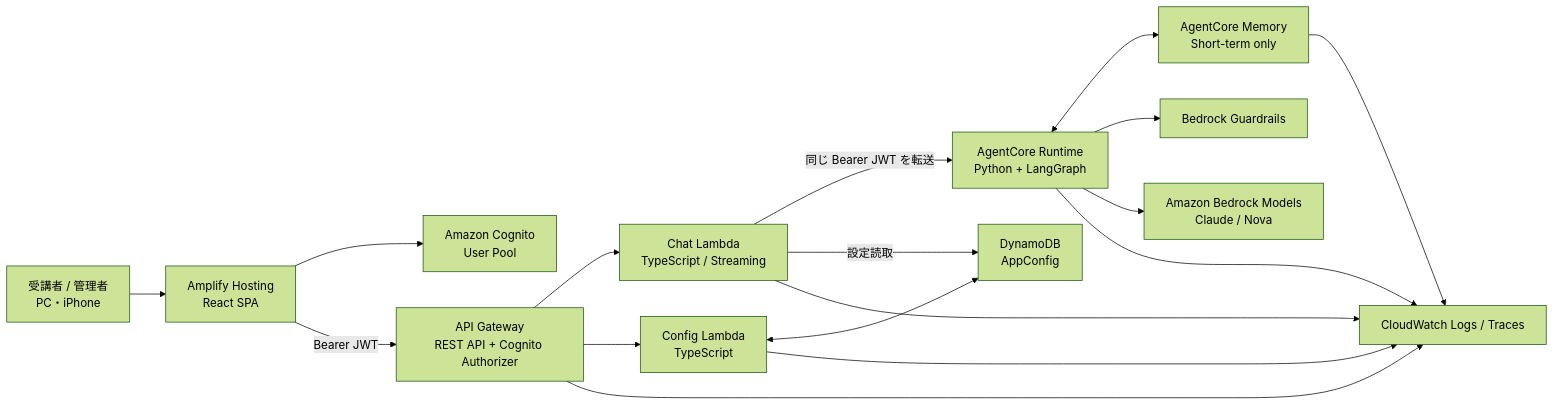
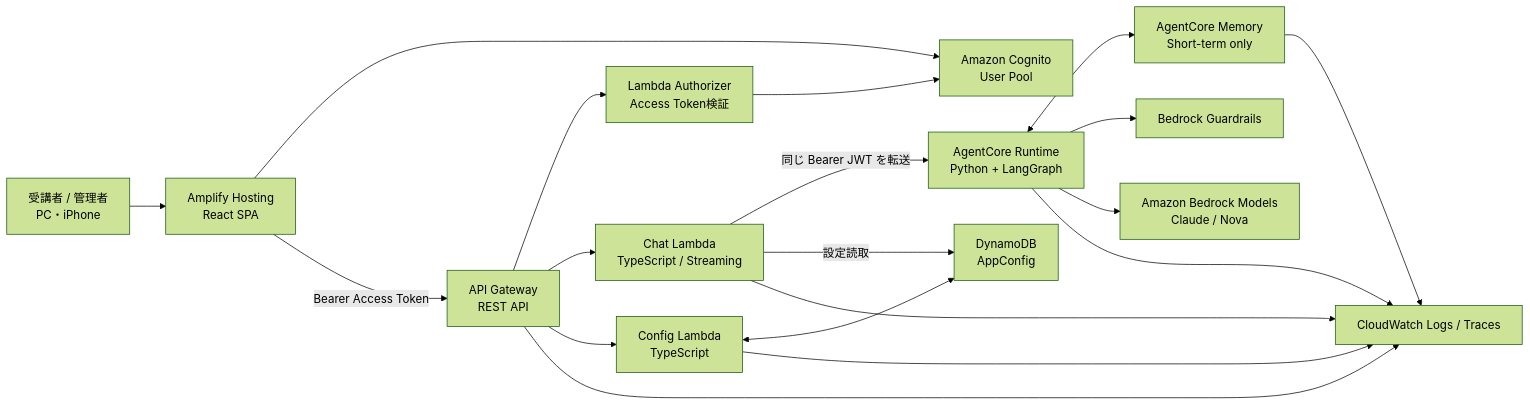
One commit to nia-ai-lab/aws-generative-ai-chat-demo changed the first of 4 diagrams in docs/system-design.md. Above: the diagram before and after it, drawn with Mermaid (forest theme). The commit also changed other lines of this file and 57 other files, not shown here.

````diff
--- a/docs/system-design.md
+++ b/docs/system-design.md
@@ -25,32 +25,35 @@
 ```mermaid
 flowchart LR
     U["受講者 / 管理者<br>PC・iPhone"]
     H["Amplify Hosting<br>React SPA"]
     C["Amazon Cognito<br>User Pool"]
-    G["API Gateway<br>REST API + Cognito Authorizer"]
+    G["API Gateway<br>REST API"]
+    LA["Lambda Authorizer<br>Access Token検証"]
     CH["Chat Lambda<br>TypeScript / Streaming"]
     CF["Config Lambda<br>TypeScript"]
     DB["DynamoDB<br>AppConfig"]
     AR["AgentCore Runtime<br>Python + LangGraph"]
     AM["AgentCore Memory<br>Short-term only"]
     GR["Bedrock Guardrails"]
     FM["Amazon Bedrock Models<br>Claude / Nova"]
     CW["CloudWatch Logs / Traces"]
 
     U --> H
     H --> C
-    H -->|"Bearer JWT"| G
+    H -->|"Bearer Access Token"| G
+    G --> LA
+    LA --> C
     G --> CH
     G --> CF
     CH -->|"同じ Bearer JWT を転送"| AR
     CF <--> DB
     CH -->|"設定読取"| DB
     AR <--> AM
     AR --> GR
     AR --> FM
     G --> CW
     CH --> CW
     CF --> CW
     AR --> CW
     AM --> CW
 ```
````
